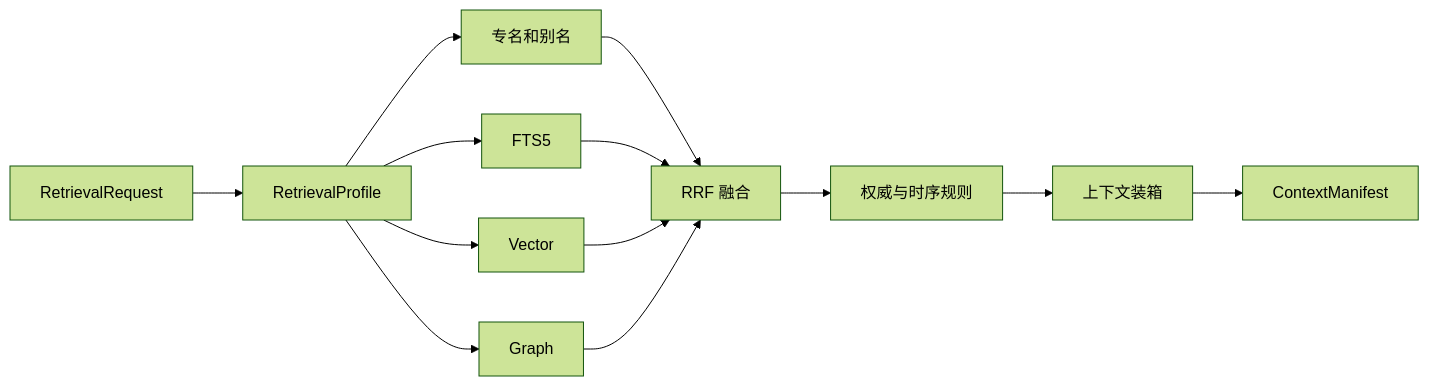
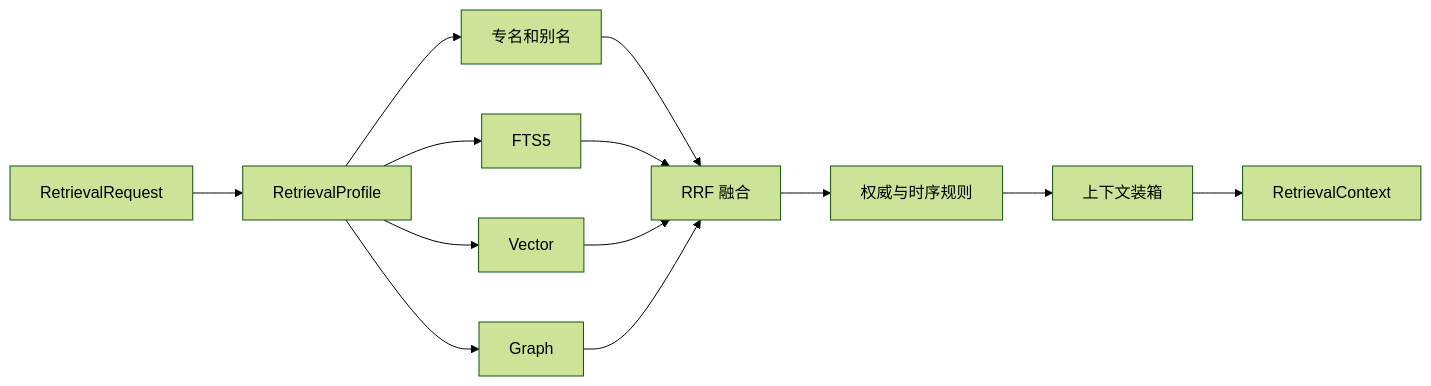
The fifth of 5 diagrams in docs/TECHNICAL_ARCHITECTURE.md (Mengman/CleoDoc), drawn with Mermaid (forest theme) before and after one commit. The commit also changed other lines of this file and 43 other files, not shown here.

````diff
--- a/docs/TECHNICAL_ARCHITECTURE.md
+++ b/docs/TECHNICAL_ARCHITECTURE.md
@@ -566,15 +563,15 @@
 ```mermaid
 flowchart LR
     REQUEST["RetrievalRequest"] --> PROFILE["RetrievalProfile"]
     PROFILE --> EXACT["专名和别名"]
     PROFILE --> LEXICAL["FTS5"]
     PROFILE --> VECTOR["Vector"]
     PROFILE --> GRAPH["Graph"]
     EXACT --> FUSION["RRF 融合"]
     LEXICAL --> FUSION
     VECTOR --> FUSION
     GRAPH --> FUSION
     FUSION --> RULES["权威与时序规则"]
     RULES --> PACK["上下文装箱"]
-    PACK --> MANIFEST["ContextManifest"]
+    PACK --> CONTEXT["RetrievalContext"]
 ```
````
